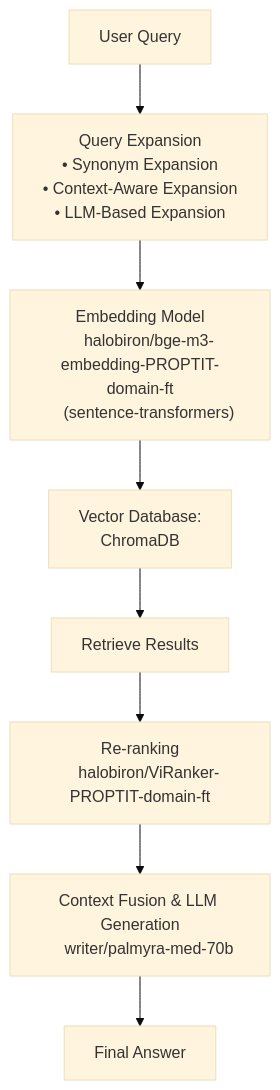
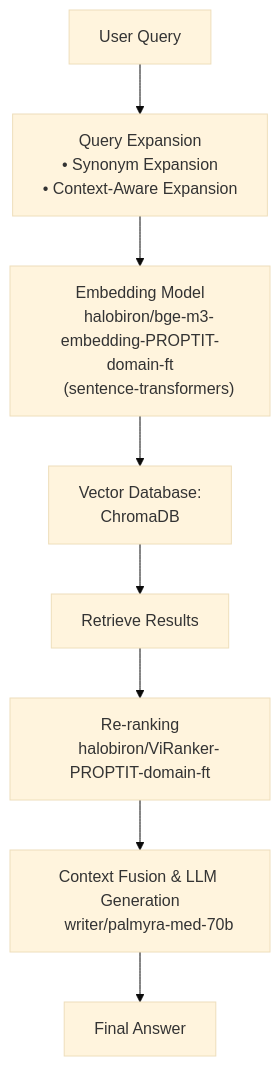
One commit to team3hailong/NeoRAG-Cup-2025 changed the diagram in README.md. Above: the diagram before and after it, drawn with Mermaid (base theme). The commit also changed 1 other file, not shown here.

Commit message:
simplify query expansion

````diff
--- a/README.md
+++ b/README.md
@@ -6,19 +6,18 @@
 ```mermaid
 graph TD
     A[User Query]
     A --> B["Query Expansion
     • Synonym Expansion
-    • Context-Aware Expansion
-    • LLM-Based Expansion"]
+    • Context-Aware Expansion"]
     B --> C["Embedding Model
     halobiron/bge-m3-embedding-PROPTIT-domain-ft
     (sentence-transformers)"]
     C --> D["Vector Database:
     ChromaDB"]
     D --> E[Retrieve Results]
     E --> F["Re-ranking
     halobiron/ViRanker-PROPTIT-domain-ft"]
     F --> G["Context Fusion & LLM Generation
     writer/palmyra-med-70b"]
     G --> H[Final Answer]
 ```  
````
